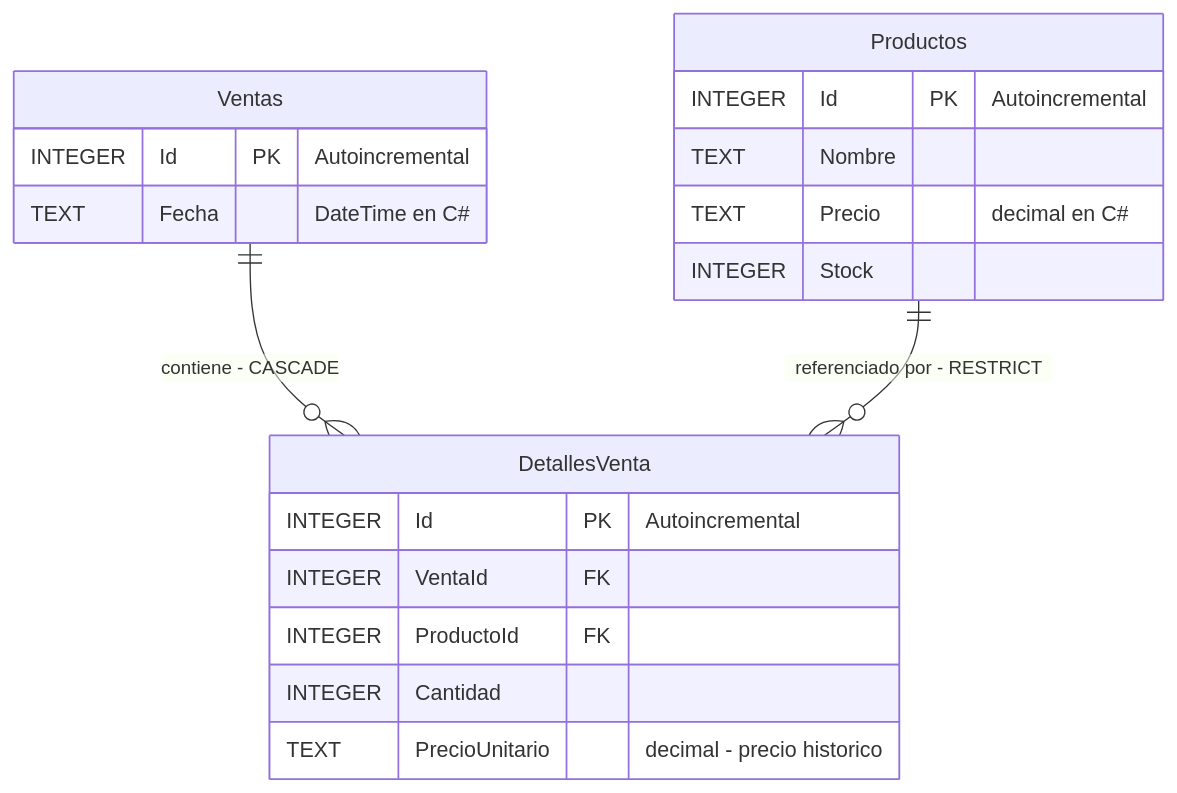
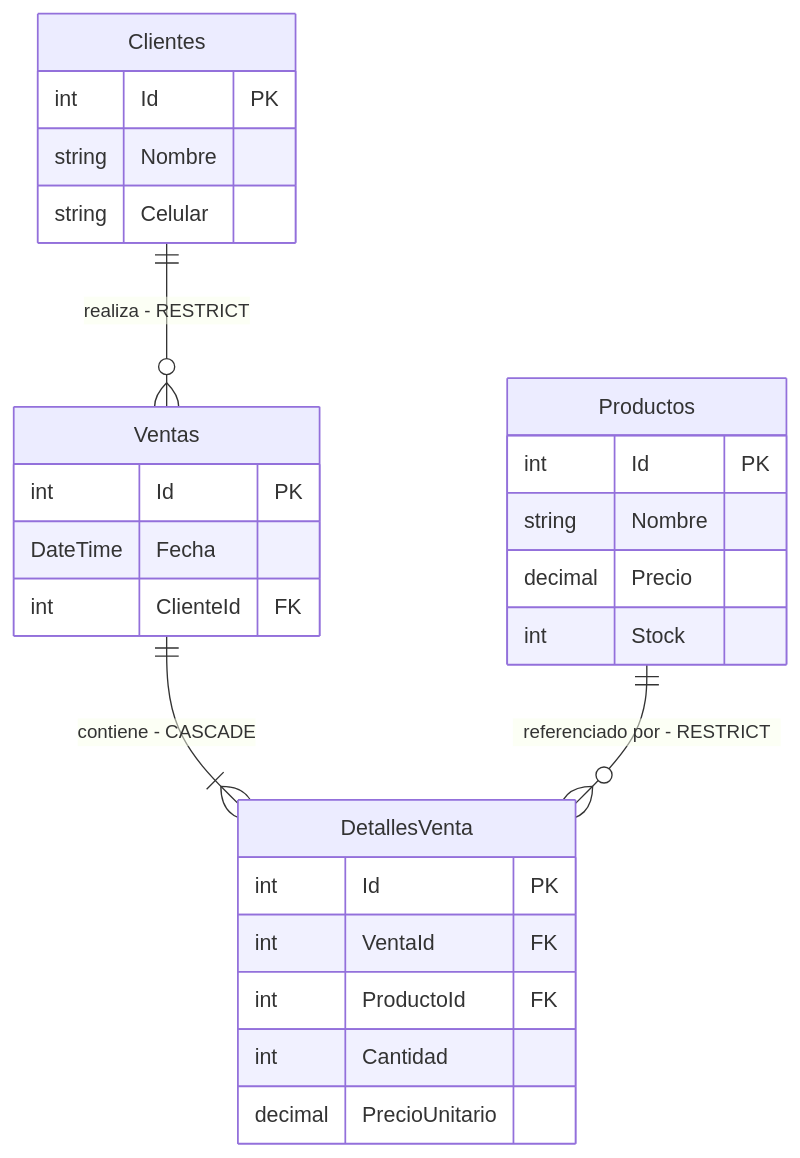
The diagram in docs/diagrama-bd.mmd (MW7068/POS-CAFETERIA-G), drawn with Mermaid before and after one commit. The commit also changed 1 other file, not shown here.

Commit message:
test(persistencia): agregar pruebas de cliente y actualizar diagrama er

```diff
--- a/docs/diagrama-bd.mmd
+++ b/docs/diagrama-bd.mmd
@@ -1,23 +1,31 @@
 erDiagram
-    Ventas ||--o{ DetallesVenta : "contiene - CASCADE"
+    Clientes ||--o{ Ventas : "realiza - RESTRICT"
+    Ventas ||--|{ DetallesVenta : "contiene - CASCADE"
     Productos ||--o{ DetallesVenta : "referenciado por - RESTRICT"
 
-    Productos {
-        INTEGER Id PK "Autoincremental"
-        TEXT Nombre
-        TEXT Precio "decimal en C#"
-        INTEGER Stock
+    Clientes {
+        int Id PK
+        string Nombre
+        string Celular
     }
 
     Ventas {
-        INTEGER Id PK "Autoincremental"
-        TEXT Fecha "DateTime en C#"
+        int Id PK
+        DateTime Fecha
+        int ClienteId FK
+    }
+
+    Productos {
+        int Id PK
+        string Nombre
+        decimal Precio
+        int Stock
     }
 
     DetallesVenta {
-        INTEGER Id PK "Autoincremental"
-        INTEGER VentaId FK
-        INTEGER ProductoId FK
-        INTEGER Cantidad
-        TEXT PrecioUnitario "decimal - precio historico"
+        int Id PK
+        int VentaId FK
+        int ProductoId FK
+        int Cantidad
+        decimal PrecioUnitario
     }
```
